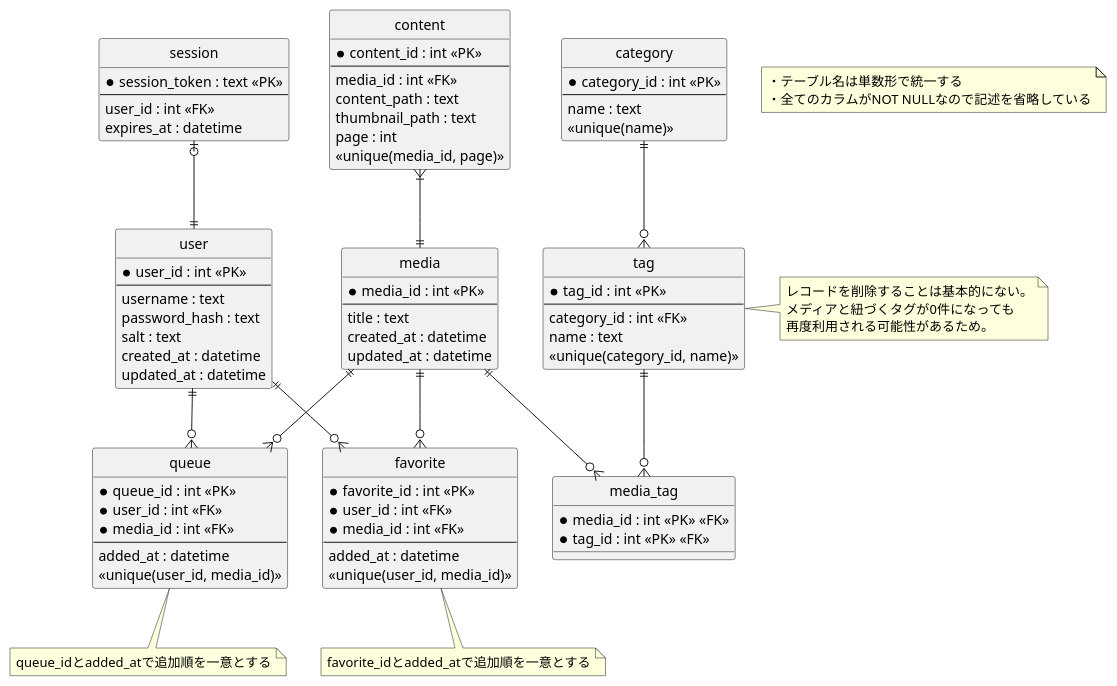
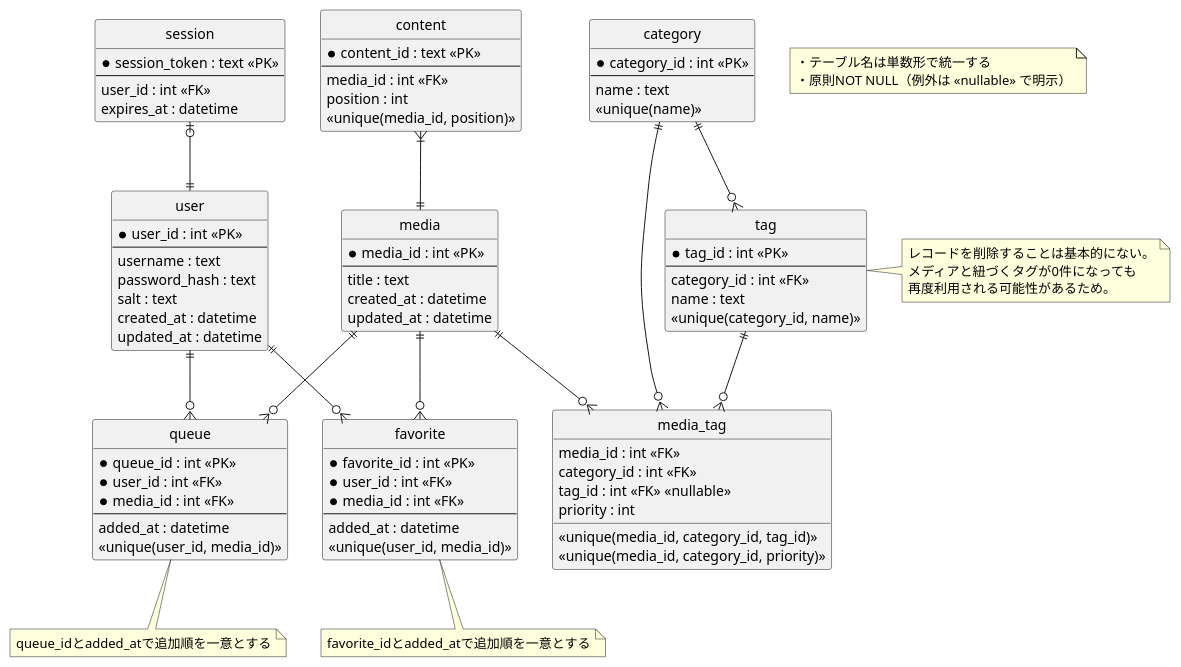
One commit to hachimitu22/MangaViewer changed the diagram in doc/7_infrastructure/database/er.puml. Above: the diagram before and after it, drawn with PlantUML. The commit also changed 3 other files, not shown here.

```diff
--- a/doc/7_infrastructure/database/er.puml
+++ b/doc/7_infrastructure/database/er.puml
@@ -1,99 +1,102 @@
 @startuml
 
 hide circle
 
 note as G1
   ・テーブル名は単数形で統一する
-  ・全てのカラムがNOT NULLなので記述を省略している
+  ・原則NOT NULL（例外は <<nullable>> で明示）
 end note
 
 entity session {
   *session_token : text <<PK>>
   --
   user_id : int <<FK>>
   expires_at : datetime
 }
 
 entity user {
   *user_id : int <<PK>>
   --
   username : text
   password_hash : text
   salt : text
   created_at : datetime
   updated_at : datetime
 }
 
 entity media {
   *media_id : int <<PK>>
   --
   title : text
   created_at : datetime
   updated_at : datetime
 }
 
 entity content {
-  *content_id : int <<PK>>
+  *content_id : text <<PK>>
   --
   media_id : int <<FK>>
-  content_path : text
-  thumbnail_path : text
-  page : int
-  <<unique(media_id, page)>>
+  position : int
+  <<unique(media_id, position)>>
 }
 
 entity favorite {
   *favorite_id : int <<PK>>
   *user_id : int <<FK>>
   *media_id : int <<FK>>
   --
   added_at : datetime
   <<unique(user_id, media_id)>>
 }
 note bottom: favorite_idとadded_atで追加順を一意とする
 
 entity queue {
   *queue_id : int <<PK>>
   *user_id : int <<FK>>
   *media_id : int <<FK>>
   --
   added_at : datetime
   <<unique(user_id, media_id)>>
 }
 note bottom: queue_idとadded_atで追加順を一意とする
 
 entity category {
   *category_id : int <<PK>>
   --
   name : text
   <<unique(name)>>
 }
 
 entity tag {
   *tag_id : int <<PK>>
   --
   category_id : int <<FK>>
   name : text
   <<unique(category_id, name)>>
 }
 note right
   レコードを削除することは基本的にない。
   メディアと紐づくタグが0件になっても
   再度利用される可能性があるため。
 end note
 
 entity media_tag {
-  *media_id : int <<PK>> <<FK>>
-  *tag_id : int <<PK>> <<FK>>
+  media_id : int <<FK>>
+  category_id : int <<FK>>
+  tag_id : int <<FK>> <<nullable>>
+  priority : int
+  <<unique(media_id, category_id, tag_id)>>
+  <<unique(media_id, category_id, priority)>>
 }
 
 session |o--|| user
 user ||--o{ favorite
 user ||--o{ queue
 media ||-u-|{ content
 media ||--o{ favorite
 media ||--o{ queue
 media ||--o{ media_tag
 tag ||--o{ media_tag
+category ||--o{ media_tag
 category ||--o{ tag
 @enduml
```
